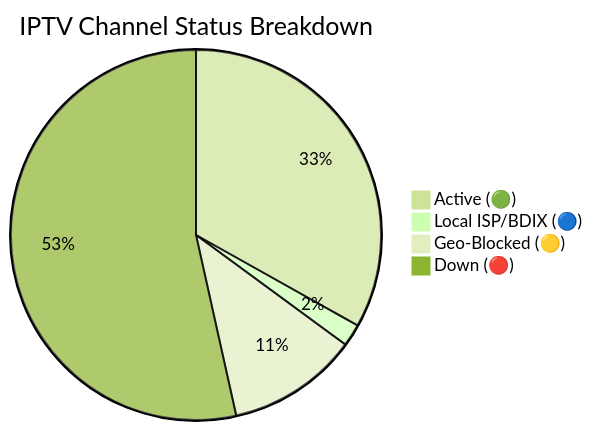
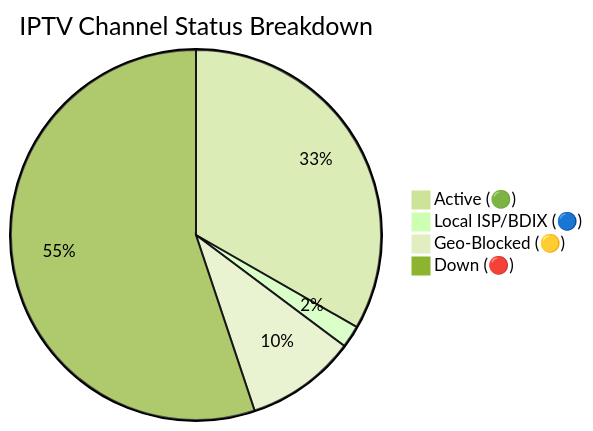
Before and after one commit to andreataylord/Ip-tv-Collection: the diagram in README.md, drawn with Mermaid (forest theme). The commit also changed other lines of this file and 1 other file, not shown here.

Commit message:
docs(readme): auto-update daily channel status chart

````diff
--- a/README.md
+++ b/README.md
@@ -59,7 +59,7 @@
 ```mermaid
 pie title IPTV Channel Status Breakdown
-    "Active (🟢)" : 2180
+    "Active (🟢)" : 2190
     "Local ISP/BDIX (🔵)" : 128
-    "Geo-Blocked (🟡)" : 753
-    "Down (🔴)" : 3520
+    "Geo-Blocked (🟡)" : 635
+    "Down (🔴)" : 3628
 ```
````
